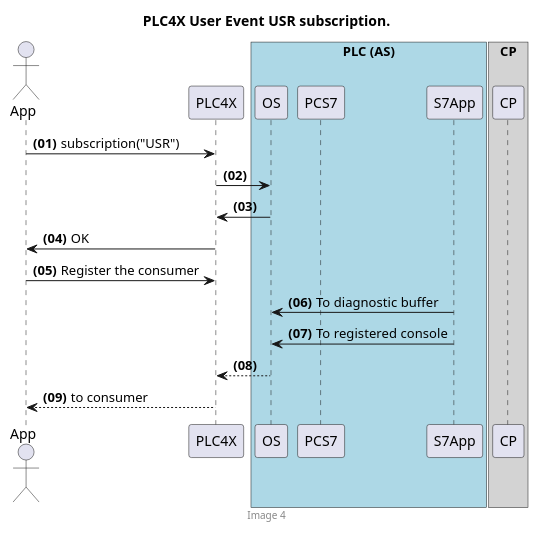
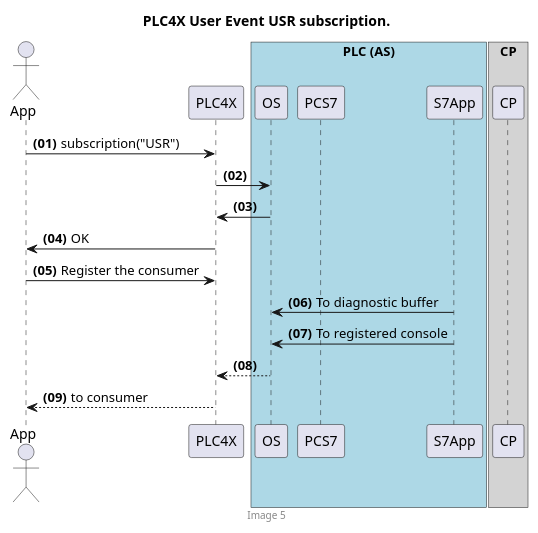
The fifth of 8 diagrams in src/site/asciidoc/users/protocols/s7.adoc (apache/plc4x), drawn with PlantUML before and after one commit. The commit also changed other lines of this file and 47 other files, not shown here.

```diff
--- a/src/site/asciidoc/users/protocols/s7.adoc
+++ b/src/site/asciidoc/users/protocols/s7.adoc
@@ -716,29 +727,29 @@
-[plantuml, target="image04", format=png, align="center"]
+[plantuml, target="../../image05", format=png, align="center"]
 ....
 autonumber "<b>(00)"
 title PLC4X User Event <b>USR</b> subscription.
-footer Image 4
+footer Image 5
 
 actor App
 participant PLC4X
 box "PLC (AS)" #LightBlue
 participant OS
 participant PCS7
 participant S7App
 endbox
 
 box "CP" #LightGray
 participant CP
 endbox
 
 App -> PLC4X : subscription("USR")
 PLC4X -> OS
 OS -> PLC4X
 PLC4X -> App : OK
 App -> PLC4X : Register the consumer
 
 S7App -> OS : To diagnostic buffer
 S7App -> OS : To registered console
 OS --> PLC4X
 PLC4X --> App : to consumer
 ....
```
